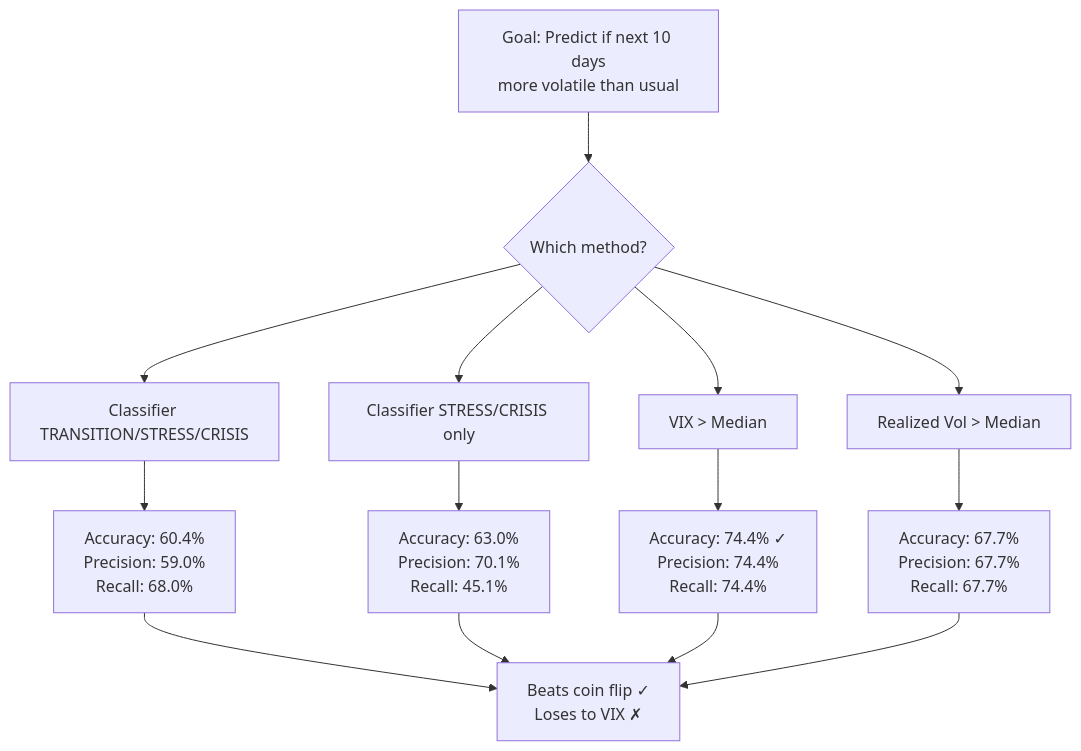
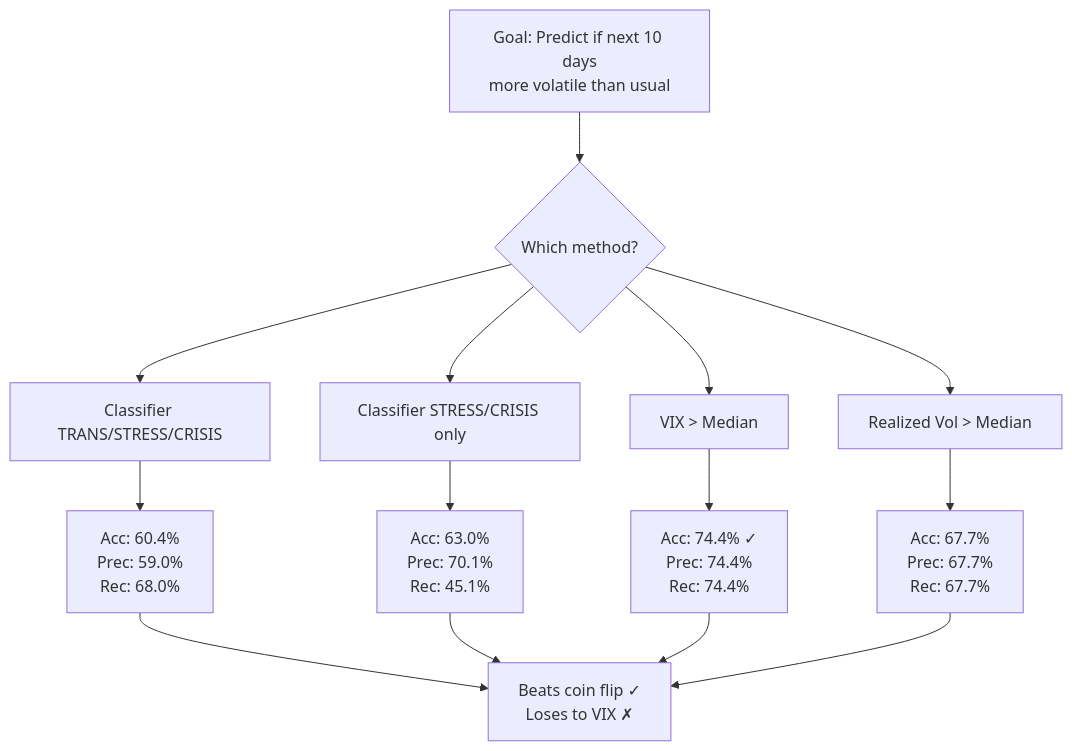
Before and after one commit to VarunGore36/regime-classifier: the third of 20 diagrams in VISUALIZATION.md, drawn with Mermaid. The commit also changed other lines of this file, not shown here.

Commit message:
Fix VISUALIZATION.md: use only GitHub-supported Mermaid diagram types (flowchart, pie, mindmap)

````diff
--- a/VISUALIZATION.md
+++ b/VISUALIZATION.md
@@ -43,16 +45,16 @@
 ```mermaid
 flowchart TD
     A[Goal: Predict if next 10 days<br/>more volatile than usual] --> B{Which method?}
-    B --> C[Classifier TRANSITION/STRESS/CRISIS]
+    B --> C[Classifier TRANS/STRESS/CRISIS]
     B --> D[Classifier STRESS/CRISIS only]
     B --> E[VIX > Median]
     B --> F[Realized Vol > Median]
-    C --> G[Accuracy: 60.4%<br/>Precision: 59.0%<br/>Recall: 68.0%]
-    D --> H[Accuracy: 63.0%<br/>Precision: 70.1%<br/>Recall: 45.1%]
-    E --> I[Accuracy: 74.4% ✓<br/>Precision: 74.4%<br/>Recall: 74.4%]
-    F --> J[Accuracy: 67.7%<br/>Precision: 67.7%<br/>Recall: 67.7%]
+    C --> G[Acc: 60.4%<br/>Prec: 59.0%<br/>Rec: 68.0%]
+    D --> H[Acc: 63.0%<br/>Prec: 70.1%<br/>Rec: 45.1%]
+    E --> I[Acc: 74.4% ✓<br/>Prec: 74.4%<br/>Rec: 74.4%]
+    F --> J[Acc: 67.7%<br/>Prec: 67.7%<br/>Rec: 67.7%]
     G --> K[Beats coin flip ✓<br/>Loses to VIX ✗]
     H --> K
     I --> K
     J --> K
 ```
````
